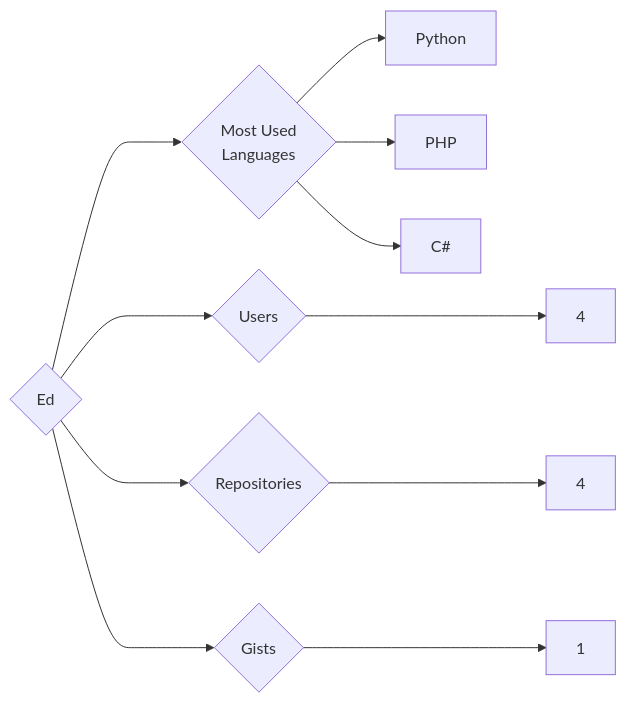
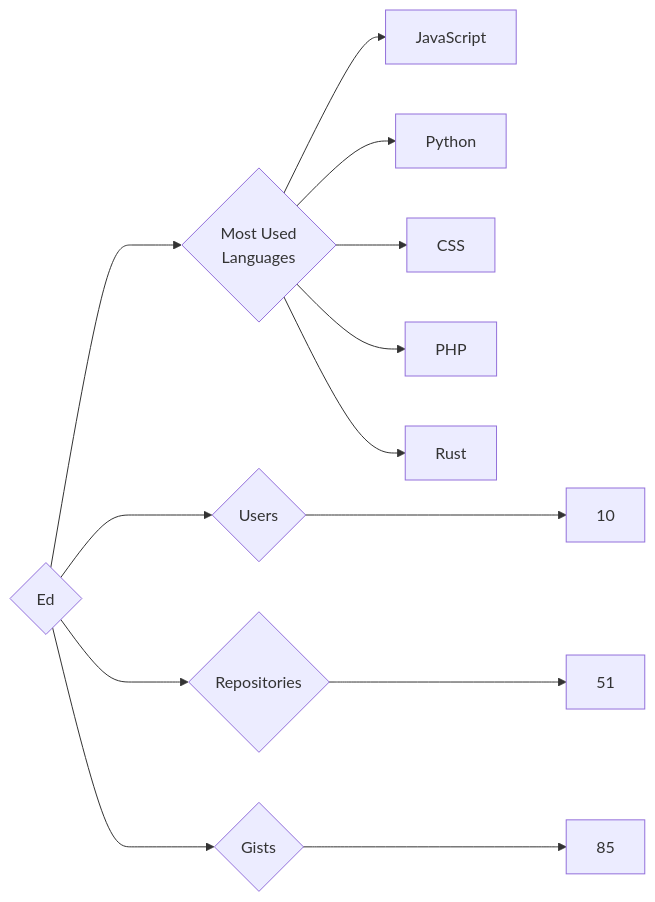
The diagram in targets/Ed/README.md (trickest/insiders), drawn with Mermaid before and after one commit. The commit also changed 718 other files, not shown here.

````diff
--- a/targets/Ed/README.md
+++ b/targets/Ed/README.md
@@ -3,11 +3,13 @@
 ```mermaid
 graph LR
 COMPANY_NAME{Ed}
-COMPANY_NAME ---> U{Users} ---> UN[4]
-COMPANY_NAME ---> R{Repositories} ---> RN[4]
-COMPANY_NAME ---> G{Gists} ---> GN[1]
+COMPANY_NAME ---> U{Users} ---> UN[10]
+COMPANY_NAME ---> R{Repositories} ---> RN[51]
+COMPANY_NAME ---> G{Gists} ---> GN[85]
 COMPANY_NAME ---> ML{Most Used<br>Languages}
+ML --> JavaScript[JavaScript]
 ML --> Python[Python]
+ML --> CSS[CSS]
 ML --> PHP[PHP]
-ML --> C#[C#]
+ML --> Rust[Rust]
 ```
````
